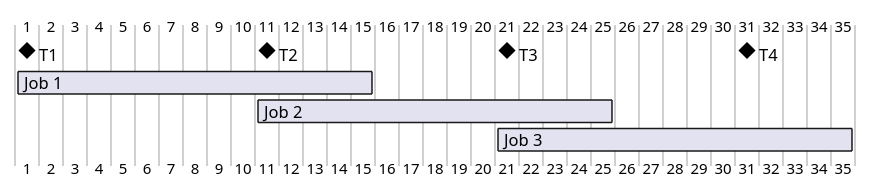
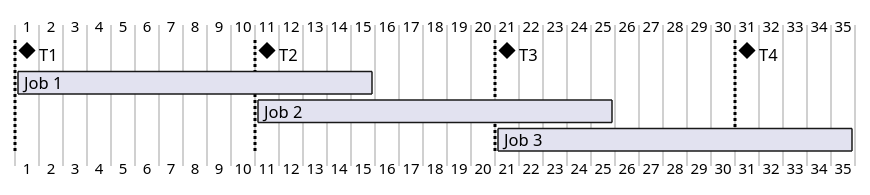
Before and after one commit to teddyprogramming/teddyprogramming.github.io: the first of 3 diagrams in docs/spring-boot/scheduler/jdbc_job_store.md, drawn with PlantUML. The commit also changed other lines of this file, not shown here.

````diff
--- a/docs/spring-boot/scheduler/jdbc_job_store.md
+++ b/docs/spring-boot/scheduler/jdbc_job_store.md
@@ -129,21 +145,25 @@
 ```plantuml
 @startgantt
 [T1] happens D+0
+Separator just at [T1]'s start
 
 [T2] happens D+10
 [T2] displays on same row as [T1]
+Separator just at [T2]'s start
 
 [T3] happens D+20
 [T3] displays on same row as [T1]
+Separator just at [T3]'s start
 
 [T4] happens D+30
 [T4] displays on same row as [T1]
+Separator just at [T4]'s start
 
 [Job 1] starts D+0
 [Job 2] starts D+10
 [Job 3] starts D+20
 [Job 1] requires 15 days
 [Job 2] requires 15 days
 [Job 3] requires 15 days
 @endgantt
 ```
````
